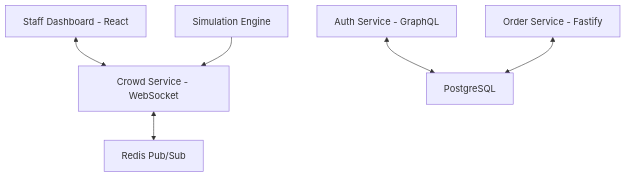
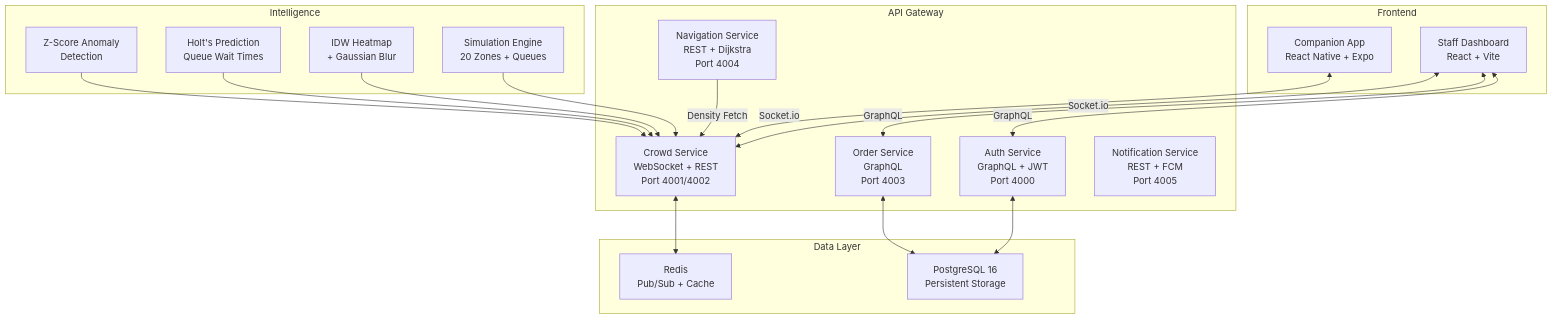
The diagram in README.md (abulaasvh/crowdflow), drawn with Mermaid before and after one commit. The commit also changed other lines of this file and 18 other files, not shown here.

Commit message:
feat: add comprehensive tests, exit planner, service health, error boundary, API docs, and enhanced documentation

````diff
--- a/README.md
+++ b/README.md
@@ -40,8 +46,40 @@
 ```mermaid
 graph TD
-    A[Staff Dashboard - React] <--> B[Crowd Service - WebSocket]
-    B <--> C[Redis Pub/Sub]
-    D[Auth Service - GraphQL] <--> E[PostgreSQL]
-    F[Order Service - Fastify] <--> E
-    G[Simulation Engine] --> B
+    subgraph Frontend
+        A[Staff Dashboard<br/>React + Vite]
+        M[Companion App<br/>React Native + Expo]
+    end
+
+    subgraph API Gateway
+        B[Crowd Service<br/>WebSocket + REST<br/>Port 4001/4002]
+        D[Auth Service<br/>GraphQL + JWT<br/>Port 4000]
+        F[Order Service<br/>GraphQL<br/>Port 4003]
+        N[Navigation Service<br/>REST + Dijkstra<br/>Port 4004]
+        P[Notification Service<br/>REST + FCM<br/>Port 4005]
+    end
+
+    subgraph Data Layer
+        C[Redis<br/>Pub/Sub + Cache]
+        E[PostgreSQL 16<br/>Persistent Storage]
+    end
+
+    subgraph Intelligence
+        G[Simulation Engine<br/>20 Zones + Queues]
+        H[IDW Heatmap<br/>+ Gaussian Blur]
+        I[Holt's Prediction<br/>Queue Wait Times]
+        J[Z-Score Anomaly<br/>Detection]
+    end
+
+    A <-->|Socket.io| B
+    A <-->|GraphQL| D
+    A <-->|GraphQL| F
+    M <-->|Socket.io| B
+    B <--> C
+    D <--> E
+    F <--> E
+    N -->|Density Fetch| B
+    G --> B
+    H --> B
+    I --> B
+    J --> B
 ```
````
